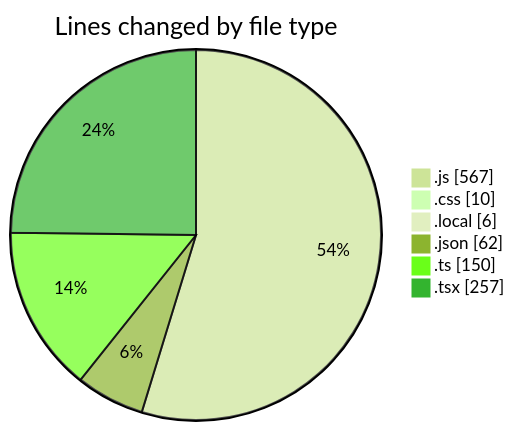
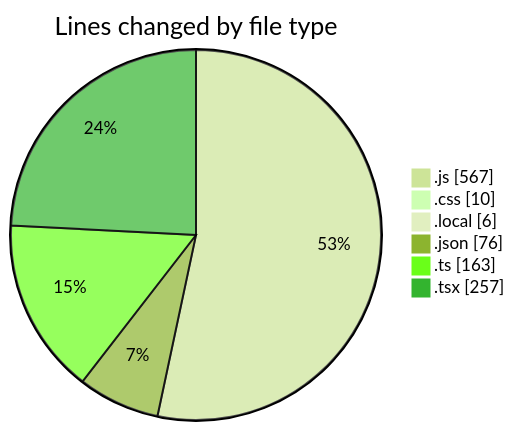
One commit to Ritupan-Deka/code-tracking changed the first of 2 diagrams in 2025-05-04/houserentalservice/README.md. Above: the diagram before and after it, drawn with Mermaid (forest theme). The commit also changed other lines of this file and 1 other file, not shown here.

````diff
--- a/2025-05-04/houserentalservice/README.md
+++ b/2025-05-04/houserentalservice/README.md
@@ -50,10 +50,10 @@
 ```mermaid
 pie showData
 title Lines changed by file type
 ".js" : 567
 ".css" : 10
 ".local" : 6
-".json" : 62
-".ts" : 150
+".json" : 76
+".ts" : 163
 ".tsx" : 257
 ```
````
